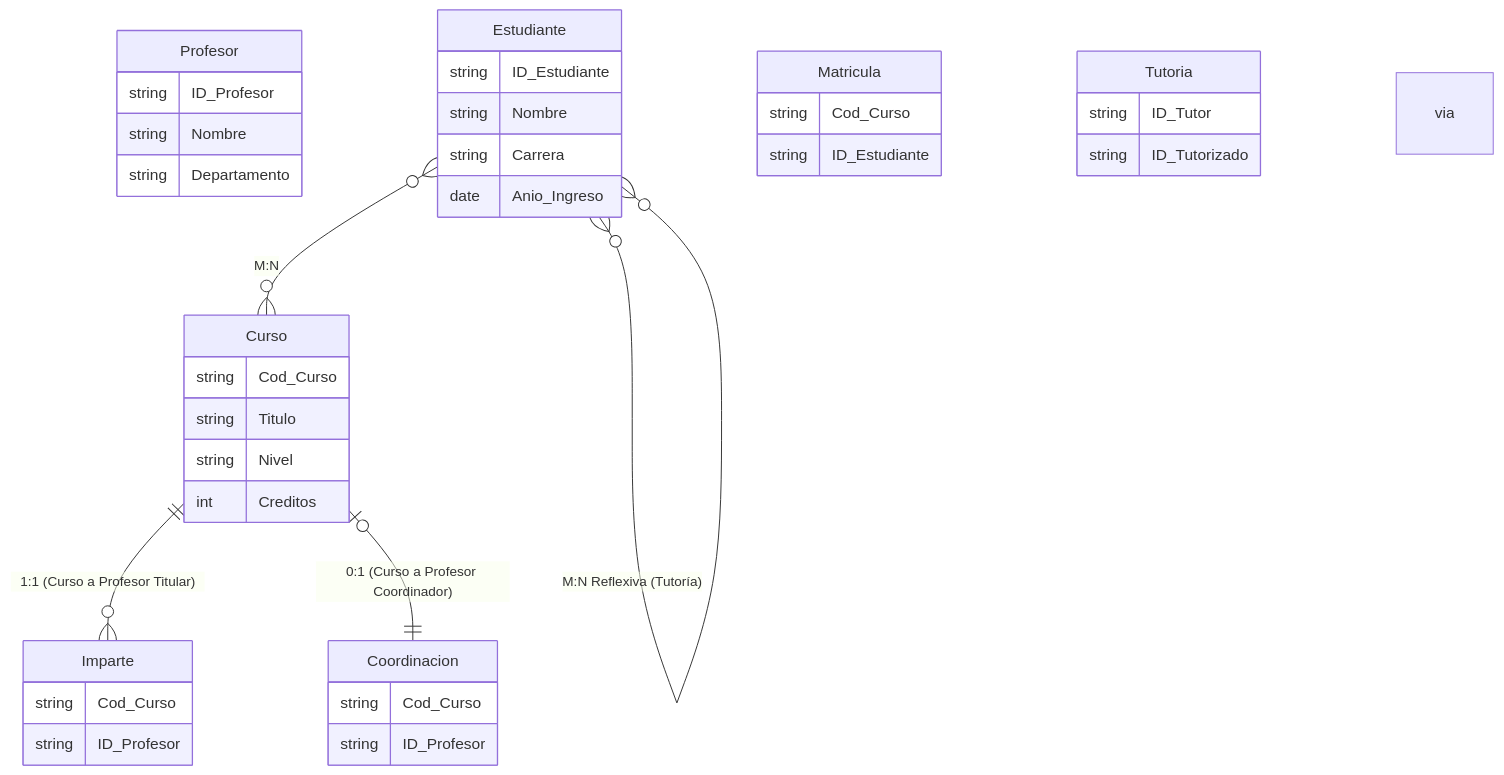
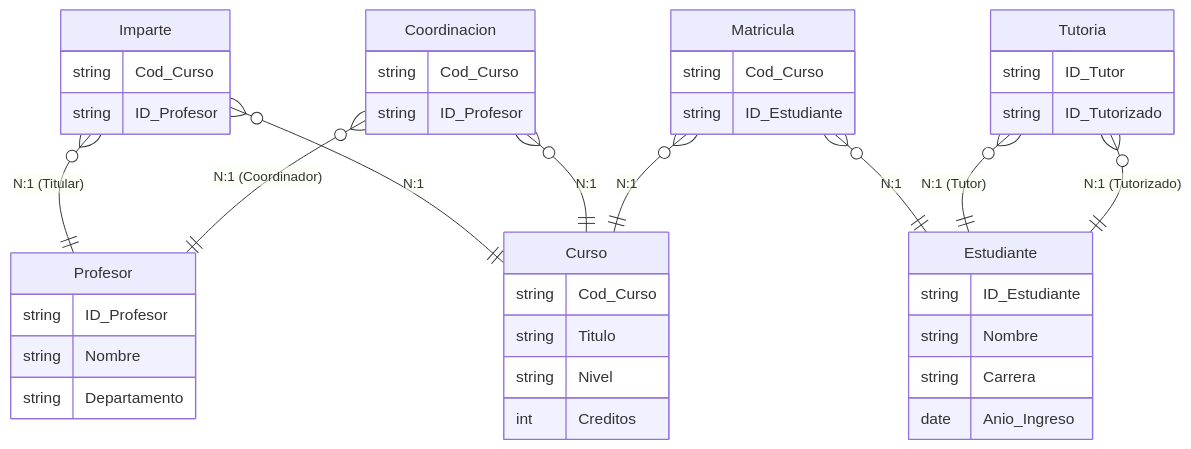
The diagram in Tema_0/00_Resources/03_Universidad.md (UnirCs/BBDDA-GLOBAL), drawn with Mermaid before and after one commit. The commit also changed 6 other files, not shown here.

````diff
--- a/Tema_0/00_Resources/03_Universidad.md
+++ b/Tema_0/00_Resources/03_Universidad.md
@@ -39,49 +39,55 @@
 ```mermaid
 erDiagram
 
     Curso {
         string Cod_Curso
         string Titulo
         string Nivel
         int Creditos
     }
 
     Profesor {
         string ID_Profesor
         string Nombre
         string Departamento
     }
 
     Estudiante {
         string ID_Estudiante
         string Nombre
         string Carrera
         date Anio_Ingreso
     }
 
     Imparte {
         string Cod_Curso
         string ID_Profesor
     }
 
     Coordinacion {
         string Cod_Curso
         string ID_Profesor
     }
 
     Matricula {
         string Cod_Curso
         string ID_Estudiante
     }
 
     Tutoria {
         string ID_Tutor
         string ID_Tutorizado
     }
 
-    Curso ||--o{ Imparte : "1:1 (Curso a Profesor Titular)"
-    Curso |o--|| Coordinacion : "0:1 (Curso a Profesor Coordinador)"
-    Estudiante }o--o{ Curso : "M:N" via Matricula
-    Estudiante }o--o{ Estudiante : "M:N Reflexiva (Tutoría)" via Tutoria
+    Imparte }o--|| Curso : "N:1"
+    Imparte }o--|| Profesor : "N:1 (Titular)"
 
+    Coordinacion }o--|| Curso : "N:1"
+    Coordinacion }o--|| Profesor : "N:1 (Coordinador)"
+
+    Matricula }o--|| Curso : "N:1"
+    Matricula }o--|| Estudiante : "N:1"
+
+    Tutoria }o--|| Estudiante : "N:1 (Tutor)"
+    Tutoria }o--|| Estudiante : "N:1 (Tutorizado)"
 ```
````
